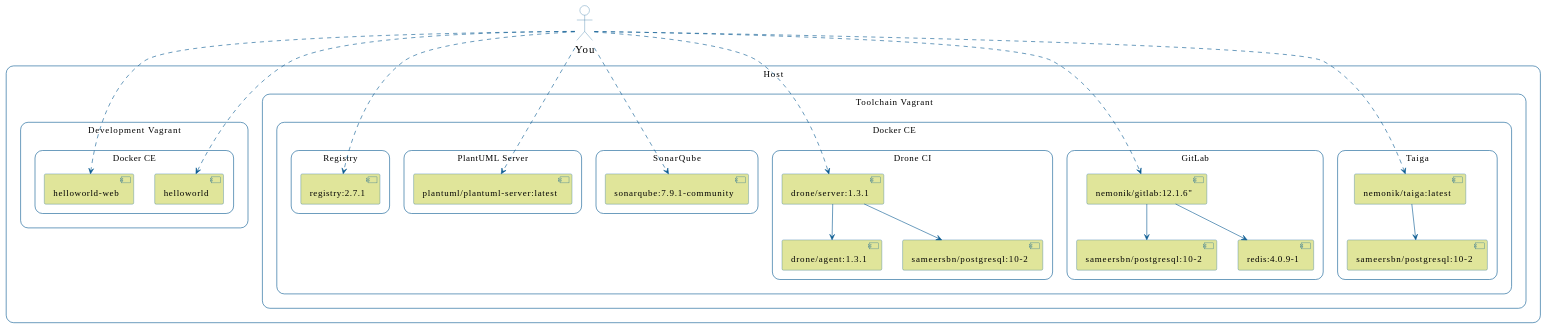
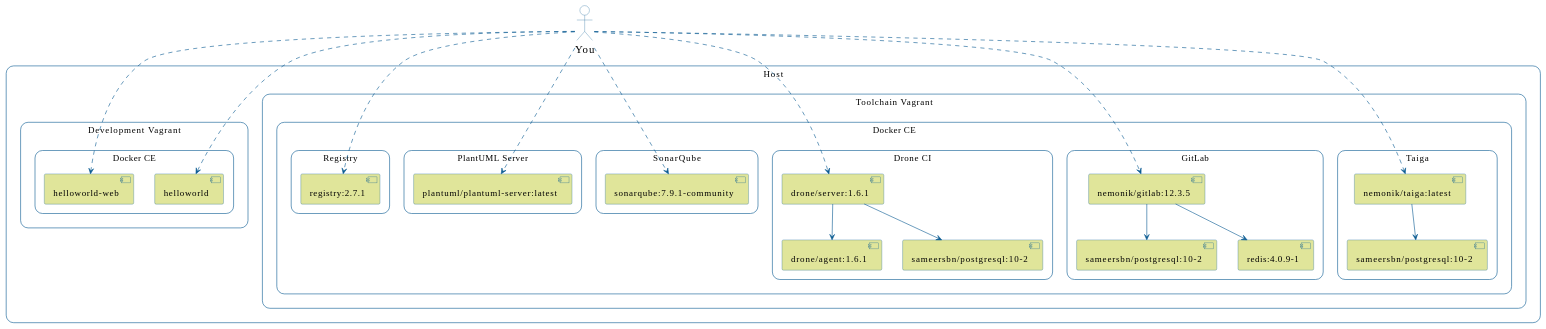
One commit to nemonik/hands-on-DevOps changed the first of 32 diagrams in readme.md. Above: the diagram before and after it, drawn with PlantUML. The commit also changed other lines of this file, not shown here.

```diff
--- a/readme.md
+++ b/readme.md
@@ -623,14 +629,14 @@
 			}
 
 			rectangle "GitLab" {
-				component "nemonik/gitlab:12.1.6"" as gitlab
+				component "nemonik/gitlab:12.3.5" as gitlab
 			        component "sameersbn/postgresql:10-2" as gitlab_postgresql
         			component "redis:4.0.9-1" as gitlab_redis
 			}
 
 			rectangle "Drone CI" {
-		        	component "drone/server:1.3.1" as drone_server
-    			   	component "drone/agent:1.3.1" as drone_agent
+		        	component "drone/server:1.6.1" as drone_server
+    			   	component "drone/agent:1.6.1" as drone_agent
         			component "sameersbn/postgresql:10-2" as drone_postgresql
 			}
 
```
